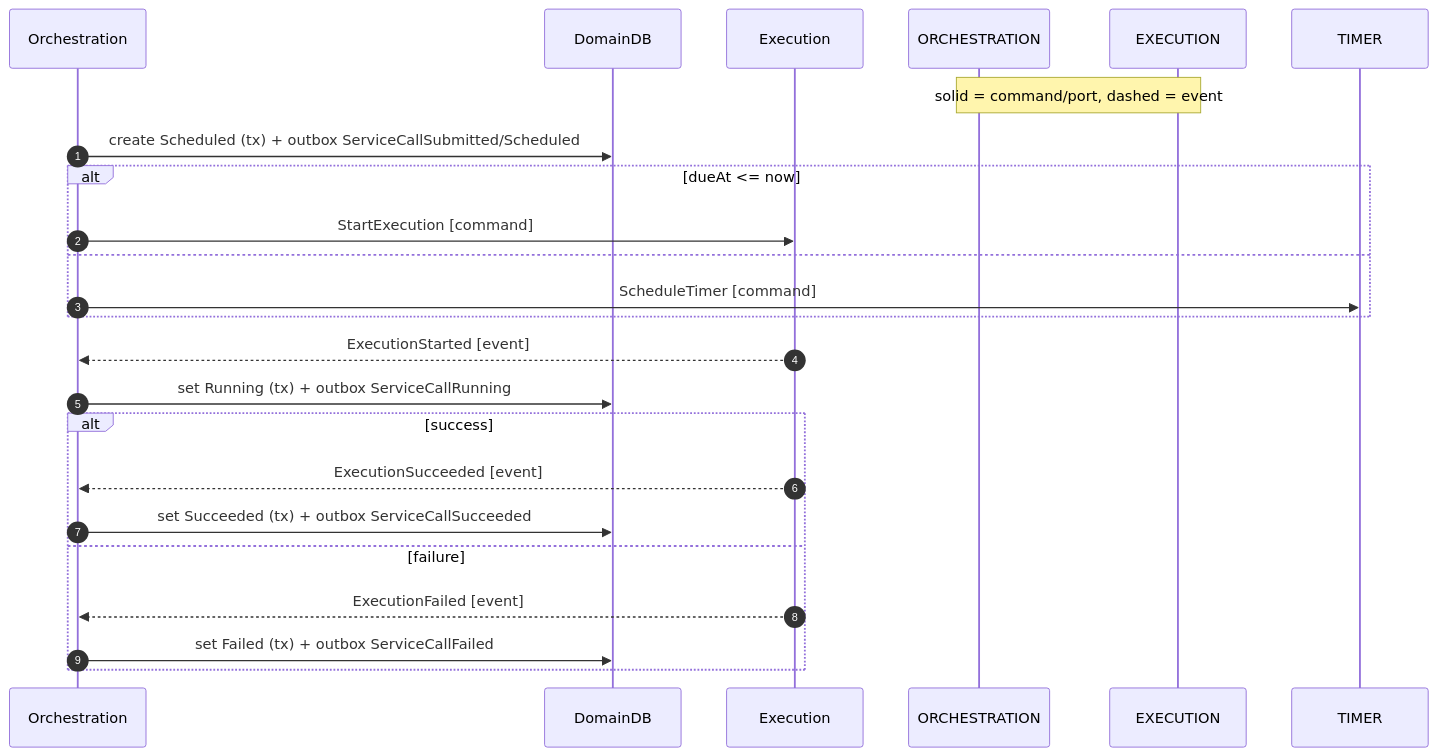
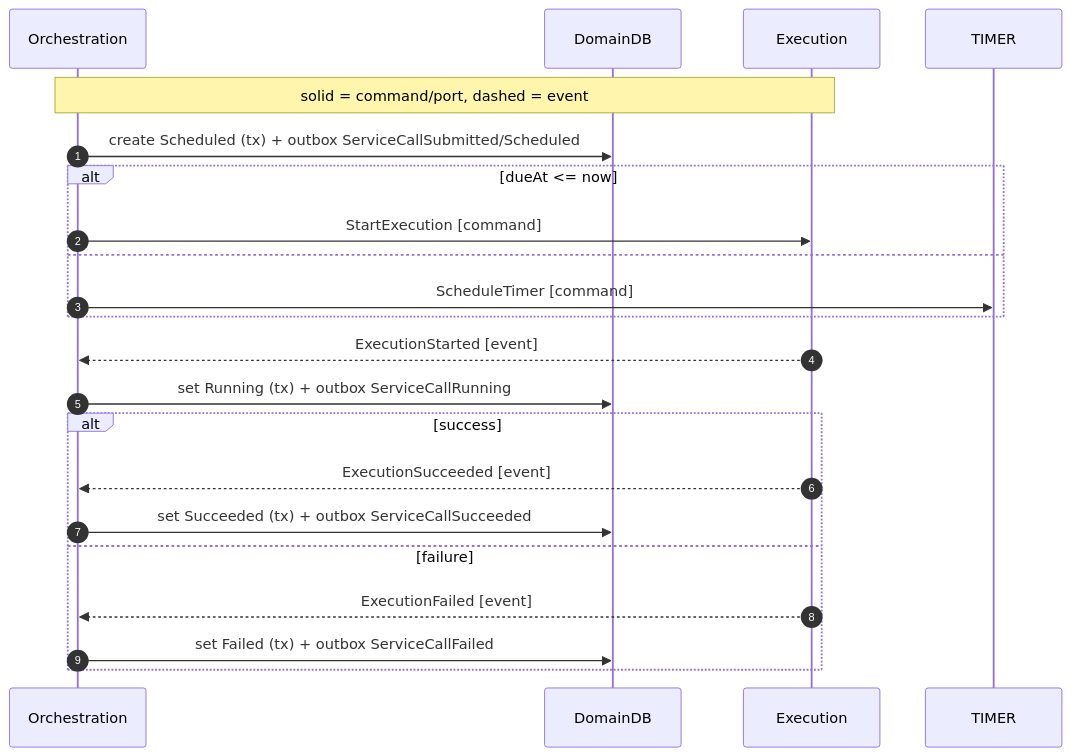
One commit to suddenlyGiovanni/event-service-agent-kata changed the third of 3 diagrams in docs/design/contexts/orchestration.md. Above: the diagram before and after it, drawn with Mermaid. The commit also changed other lines of this file and 3 other files, not shown here.

````diff
--- a/docs/design/contexts/orchestration.md
+++ b/docs/design/contexts/orchestration.md
@@ -59,27 +118,27 @@
 ```mermaid
 sequenceDiagram
   autonumber
   participant ORCH as Orchestration
   participant DB as DomainDB
   participant EXEC as Execution
   link ORCH: Doc @ ./orchestration.md
   link EXEC: Doc @ ./execution.md
 
-  Note over ORCHESTRATION,EXECUTION: solid = command/port, dashed = event
+  Note over ORCH,EXEC: solid = command/port, dashed = event
 
   ORCH->>DB: create Scheduled (tx) + outbox ServiceCallSubmitted/Scheduled
   alt dueAt <= now
     ORCH->>EXEC: StartExecution [command]
   else
     ORCH->>TIMER: ScheduleTimer [command]
   end
   EXEC-->>ORCH: ExecutionStarted [event]
   ORCH->>DB: set Running (tx) + outbox ServiceCallRunning
   alt success
     EXEC-->>ORCH: ExecutionSucceeded [event]
     ORCH->>DB: set Succeeded (tx) + outbox ServiceCallSucceeded
   else failure
     EXEC-->>ORCH: ExecutionFailed [event]
     ORCH->>DB: set Failed (tx) + outbox ServiceCallFailed
   end
 ```
````
